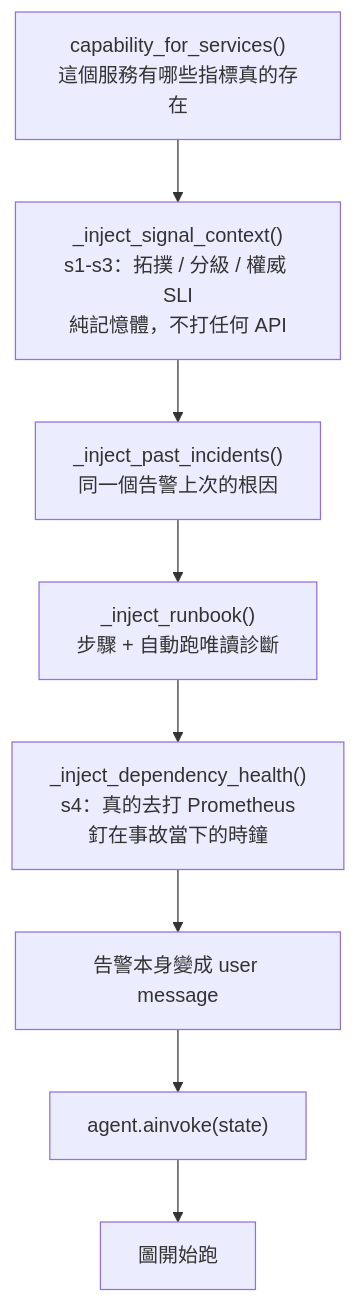
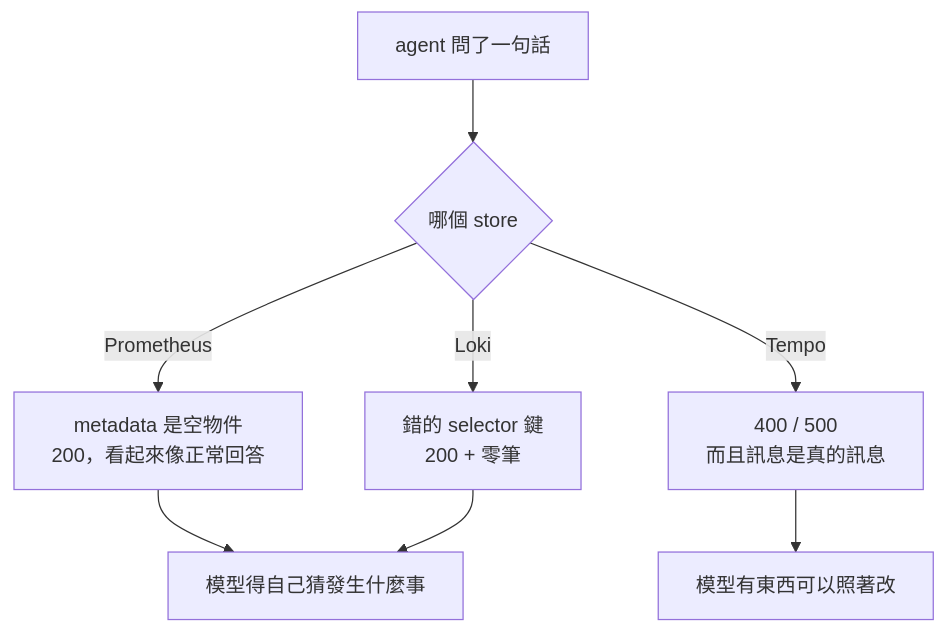
One commit to tedmax100/o11y-bench changed the first of 2 diagrams in weaver-demo/ironman-2026/day23.md. Above: the diagram before and after it, drawn with Mermaid. The commit also changed other lines of this file and 29 other files, not shown here.

````diff
--- a/weaver-demo/ironman-2026/day23.md
+++ b/weaver-demo/ironman-2026/day23.md
@@ -66,10 +50,10 @@
 ```mermaid
 flowchart TB
-    A["capability_for_services()<br/>這個服務有哪些指標真的存在"] --> B["_inject_signal_context()<br/>s1-s3：拓撲 / 分級 / 權威 SLI<br/>純記憶體，不打任何 API"]
-    B --> C["_inject_past_incidents()<br/>同一個告警上次的根因"]
-    C --> D["_inject_runbook()<br/>步驟 + 自動跑唯讀診斷"]
-    D --> E["_inject_dependency_health()<br/>s4：真的去打 Prometheus<br/>釘在事故當下的時鐘"]
-    E --> F["告警本身變成 user message"]
-    F --> G["agent.ainvoke(state)"]
-    G --> H["圖開始跑"]
+    A["agent 問了一句話"] --> P{"哪個 store"}
+    P -->|Prometheus| P1["metadata 是空物件<br/>200，看起來像正常回答"]
+    P -->|Loki| L1["錯的 selector 鍵<br/>200 + 零筆"]
+    P -->|Tempo| T1["400 / 500<br/>而且訊息是真的訊息"]
+    P1 --> S["模型得自己猜發生什麼事"]
+    L1 --> S
+    T1 --> R["模型有東西可以照著改"]
 ```
````
